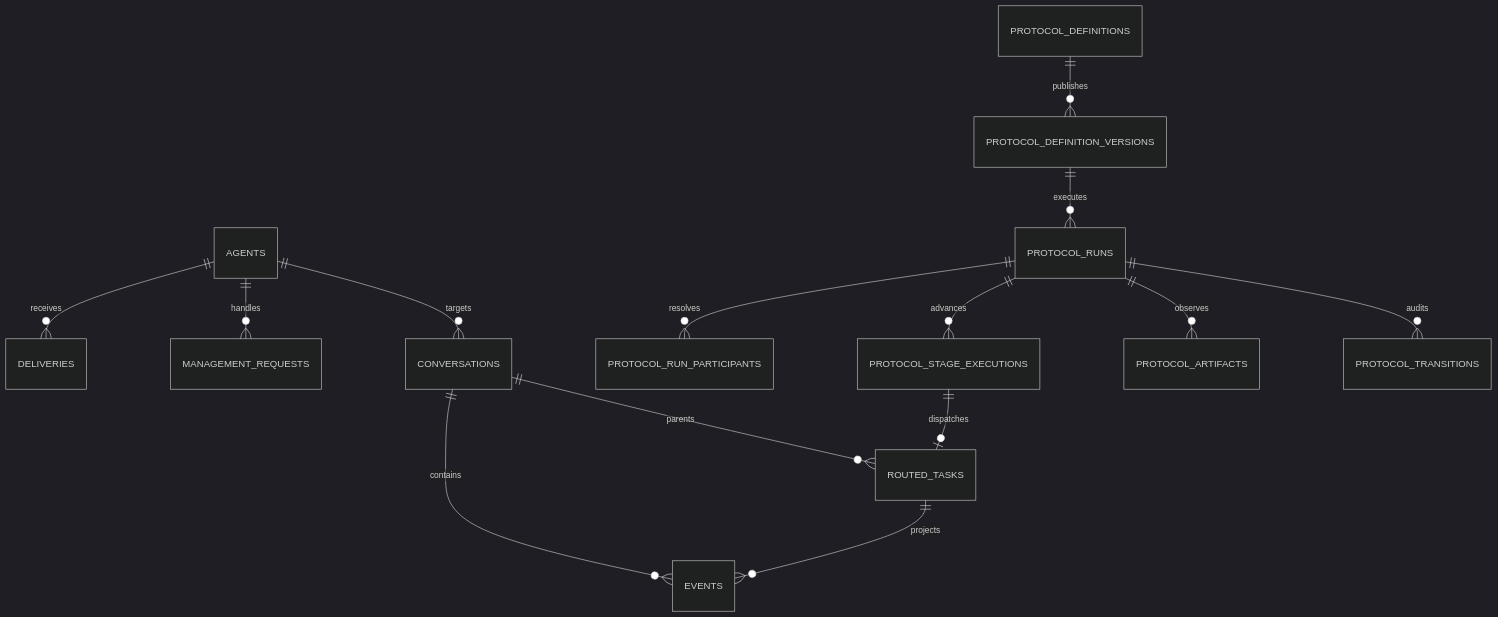
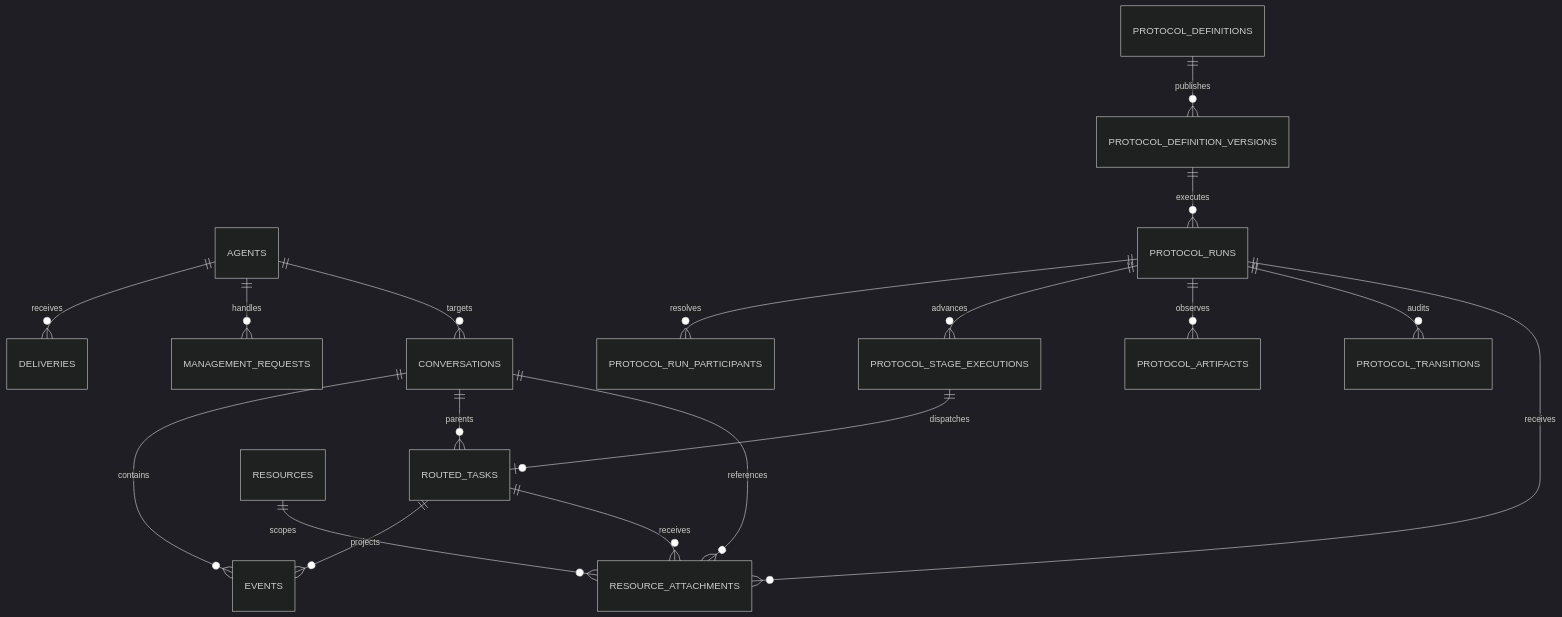
Before and after one commit to privacynow/octopus: the third of 18 diagrams in docs/ARCHITECTURE.md, drawn with Mermaid (dark theme). The commit also changed other lines of this file and 32 other files, not shown here.

````diff
--- a/docs/ARCHITECTURE.md
+++ b/docs/ARCHITECTURE.md
@@ -143,16 +143,20 @@
 ```mermaid
 erDiagram
     AGENTS ||--o{ DELIVERIES : receives
     AGENTS ||--o{ MANAGEMENT_REQUESTS : handles
     AGENTS ||--o{ CONVERSATIONS : targets
     CONVERSATIONS ||--o{ EVENTS : contains
     CONVERSATIONS ||--o{ ROUTED_TASKS : parents
     ROUTED_TASKS ||--o{ EVENTS : projects
     PROTOCOL_DEFINITIONS ||--o{ PROTOCOL_DEFINITION_VERSIONS : publishes
     PROTOCOL_DEFINITION_VERSIONS ||--o{ PROTOCOL_RUNS : executes
     PROTOCOL_RUNS ||--o{ PROTOCOL_RUN_PARTICIPANTS : resolves
     PROTOCOL_RUNS ||--o{ PROTOCOL_STAGE_EXECUTIONS : advances
     PROTOCOL_RUNS ||--o{ PROTOCOL_ARTIFACTS : observes
     PROTOCOL_RUNS ||--o{ PROTOCOL_TRANSITIONS : audits
     PROTOCOL_STAGE_EXECUTIONS ||--o| ROUTED_TASKS : dispatches
+    RESOURCES ||--o{ RESOURCE_ATTACHMENTS : scopes
+    CONVERSATIONS ||--o{ RESOURCE_ATTACHMENTS : references
+    ROUTED_TASKS ||--o{ RESOURCE_ATTACHMENTS : receives
+    PROTOCOL_RUNS ||--o{ RESOURCE_ATTACHMENTS : receives
 ```
````
